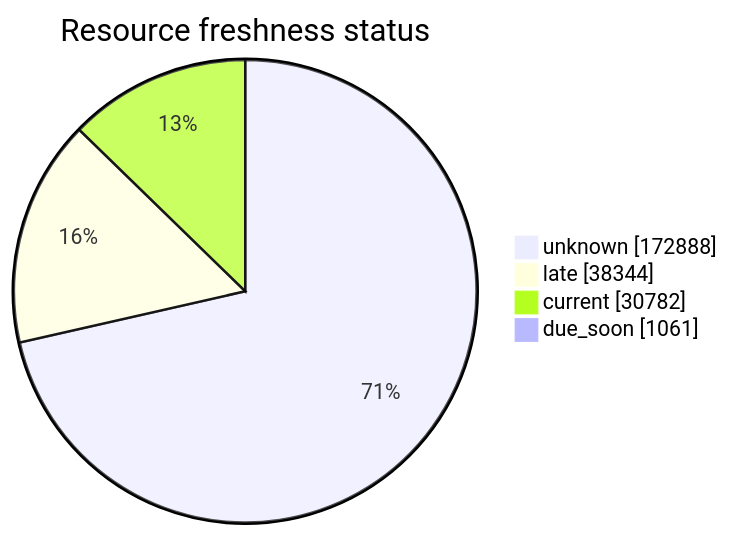
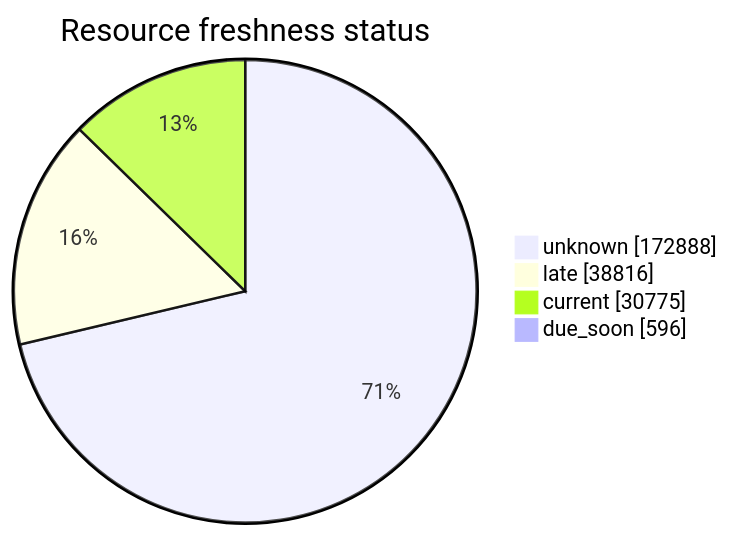
One commit to open-data/analytics-corporate-reporting changed the third of 5 diagrams in FreshCheck/README.md. Above: the diagram before and after it, drawn with Mermaid. The commit also changed other lines of this file and 3 other files, not shown here.

````diff
--- a/FreshCheck/README.md
+++ b/FreshCheck/README.md
@@ -77,7 +77,7 @@
 ```mermaid
 pie showData title Resource freshness status
     "unknown": 172888
-    "late": 38344
-    "current": 30782
-    "due_soon": 1061
+    "late": 38816
+    "current": 30775
+    "due_soon": 596
 ```
````
